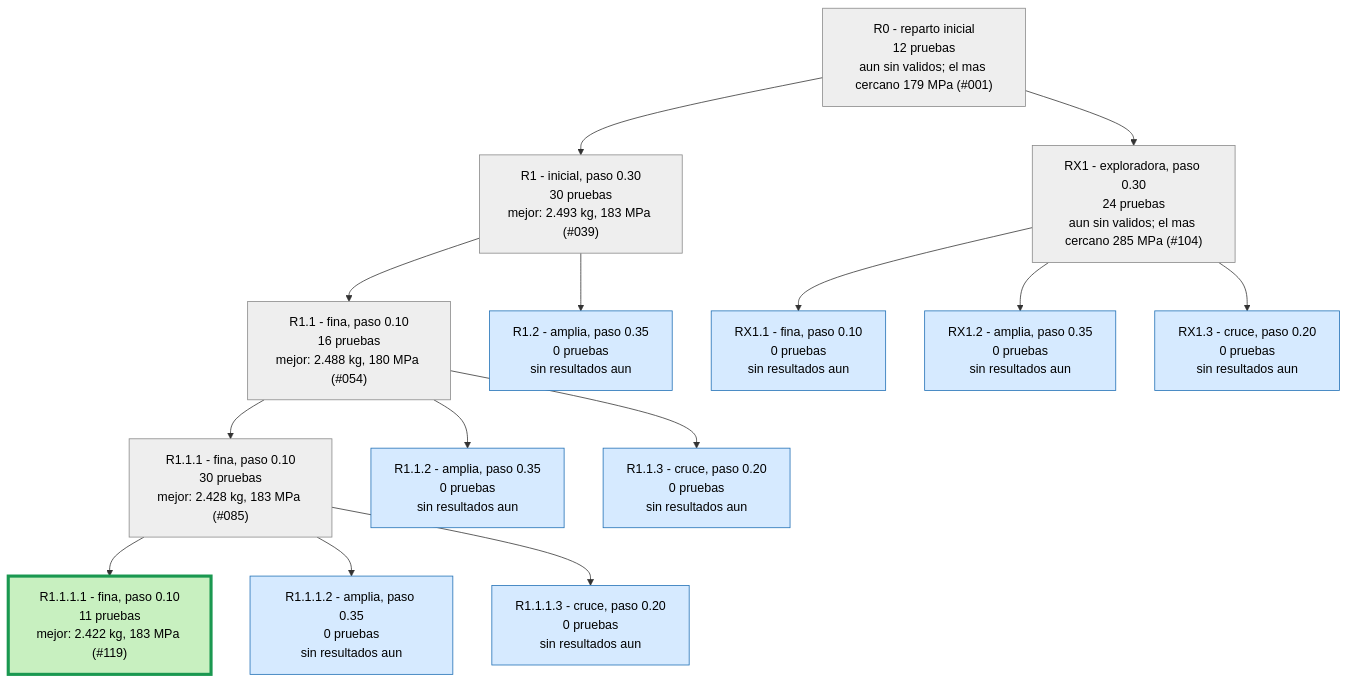
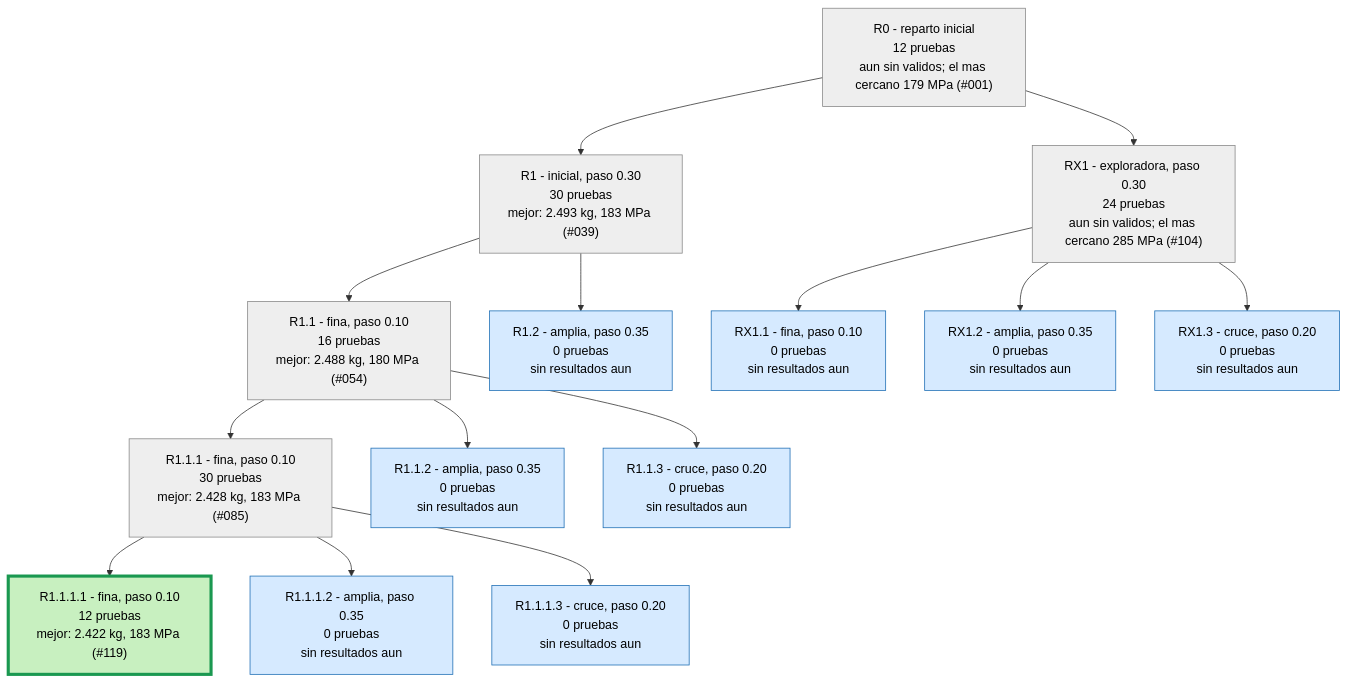
Before and after one commit to Hugiko/msd-soporte-optimizacion: the second of 3 diagrams in runs/opt_37800N/ARBOL.md, drawn with Mermaid. The commit also changed 22 other files, not shown here.

````diff
--- a/runs/opt_37800N/ARBOL.md
+++ b/runs/opt_37800N/ARBOL.md
@@ -29,33 +29,33 @@
 ```mermaid
 graph TD
 classDef activa fill:#d6eaff,stroke:#1f6fb5,color:#000
 classDef fin fill:#eeeeee,stroke:#888,color:#000
 classDef mejor fill:#c8f0c0,stroke:#1a9850,stroke-width:4px,color:#000
 R0["R0 - reparto inicial<br/>12 pruebas<br/>aun sin validos; el mas cercano 179 MPa (#001)"]:::fin
 R1["R1 - inicial, paso 0.30<br/>30 pruebas<br/>mejor: 2.493 kg, 183 MPa (#039)"]:::fin
 R0 --> R1
 R1_1["R1.1 - fina, paso 0.10<br/>16 pruebas<br/>mejor: 2.488 kg, 180 MPa (#054)"]:::fin
 R1 --> R1_1
 R1_2["R1.2 - amplia, paso 0.35<br/>0 pruebas<br/>sin resultados aun"]:::activa
 R1 --> R1_2
 R1_1_1["R1.1.1 - fina, paso 0.10<br/>30 pruebas<br/>mejor: 2.428 kg, 183 MPa (#085)"]:::fin
 R1_1 --> R1_1_1
 R1_1_2["R1.1.2 - amplia, paso 0.35<br/>0 pruebas<br/>sin resultados aun"]:::activa
 R1_1 --> R1_1_2
 R1_1_3["R1.1.3 - cruce, paso 0.20<br/>0 pruebas<br/>sin resultados aun"]:::activa
 R1_1 --> R1_1_3
-R1_1_1_1["R1.1.1.1 - fina, paso 0.10<br/>11 pruebas<br/>mejor: 2.422 kg, 183 MPa (#119)"]:::mejor
+R1_1_1_1["R1.1.1.1 - fina, paso 0.10<br/>12 pruebas<br/>mejor: 2.422 kg, 183 MPa (#119)"]:::mejor
 R1_1_1 --> R1_1_1_1
 R1_1_1_2["R1.1.1.2 - amplia, paso 0.35<br/>0 pruebas<br/>sin resultados aun"]:::activa
 R1_1_1 --> R1_1_1_2
 R1_1_1_3["R1.1.1.3 - cruce, paso 0.20<br/>0 pruebas<br/>sin resultados aun"]:::activa
 R1_1_1 --> R1_1_1_3
 RX1["RX1 - exploradora, paso 0.30<br/>24 pruebas<br/>aun sin validos; el mas cercano 285 MPa (#104)"]:::fin
 R0 --> RX1
 RX1_1["RX1.1 - fina, paso 0.10<br/>0 pruebas<br/>sin resultados aun"]:::activa
 RX1 --> RX1_1
 RX1_2["RX1.2 - amplia, paso 0.35<br/>0 pruebas<br/>sin resultados aun"]:::activa
 RX1 --> RX1_2
 RX1_3["RX1.3 - cruce, paso 0.20<br/>0 pruebas<br/>sin resultados aun"]:::activa
 RX1 --> RX1_3
 ```
````
